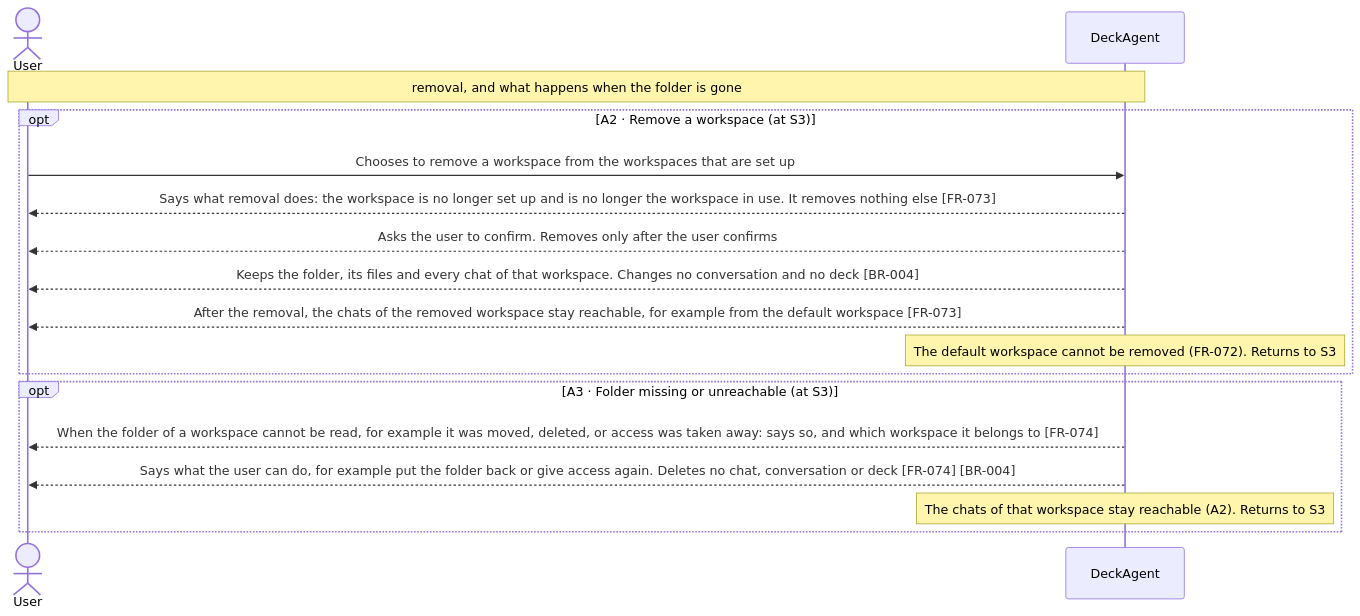
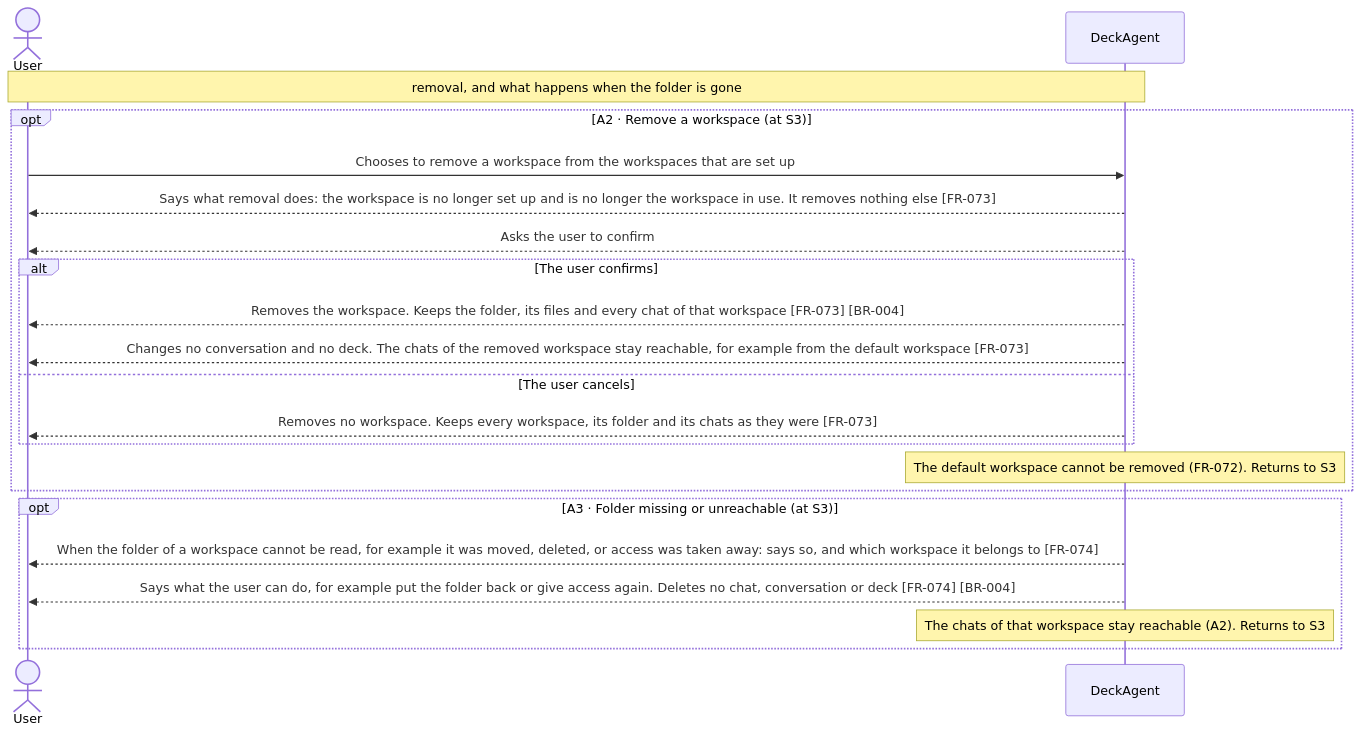
Before and after one commit to Luke23127006/DeckAgent: the second of 2 diagrams in docs/spec/03-use-cases/UC-013.md, drawn with Mermaid. The commit also changed other lines of this file and 19 other files, not shown here.

Commit message:
docs(spec): fix permission boundary, diagram branches and spec cleanup

````diff
--- a/docs/spec/03-use-cases/UC-013.md
+++ b/docs/spec/03-use-cases/UC-013.md
@@ -70,19 +70,23 @@
 ```mermaid
 sequenceDiagram
     actor User
     participant DeckAgent
     Note over User,DeckAgent: removal, and what happens when the folder is gone
     opt A2 · Remove a workspace (at S3)
         User->>DeckAgent: Chooses to remove a workspace from the workspaces that are set up
         DeckAgent-->>User: Says what removal does: the workspace is no longer set up and is no longer the workspace in use. It removes nothing else [FR-073]
-        DeckAgent-->>User: Asks the user to confirm. Removes only after the user confirms
-        DeckAgent-->>User: Keeps the folder, its files and every chat of that workspace. Changes no conversation and no deck [BR-004]
-        DeckAgent-->>User: After the removal, the chats of the removed workspace stay reachable, for example from the default workspace [FR-073]
+        DeckAgent-->>User: Asks the user to confirm
+        alt The user confirms
+            DeckAgent-->>User: Removes the workspace. Keeps the folder, its files and every chat of that workspace [FR-073] [BR-004]
+            DeckAgent-->>User: Changes no conversation and no deck. The chats of the removed workspace stay reachable, for example from the default workspace [FR-073]
+        else The user cancels
+            DeckAgent-->>User: Removes no workspace. Keeps every workspace, its folder and its chats as they were [FR-073]
+        end
         note over DeckAgent: The default workspace cannot be removed (FR-072). Returns to S3
     end
     opt A3 · Folder missing or unreachable (at S3)
         DeckAgent-->>User: When the folder of a workspace cannot be read, for example it was moved, deleted, or access was taken away: says so, and which workspace it belongs to [FR-074]
         DeckAgent-->>User: Says what the user can do, for example put the folder back or give access again. Deletes no chat, conversation or deck [FR-074] [BR-004]
         note over DeckAgent: The chats of that workspace stay reachable (A2). Returns to S3
     end
 ```
````
